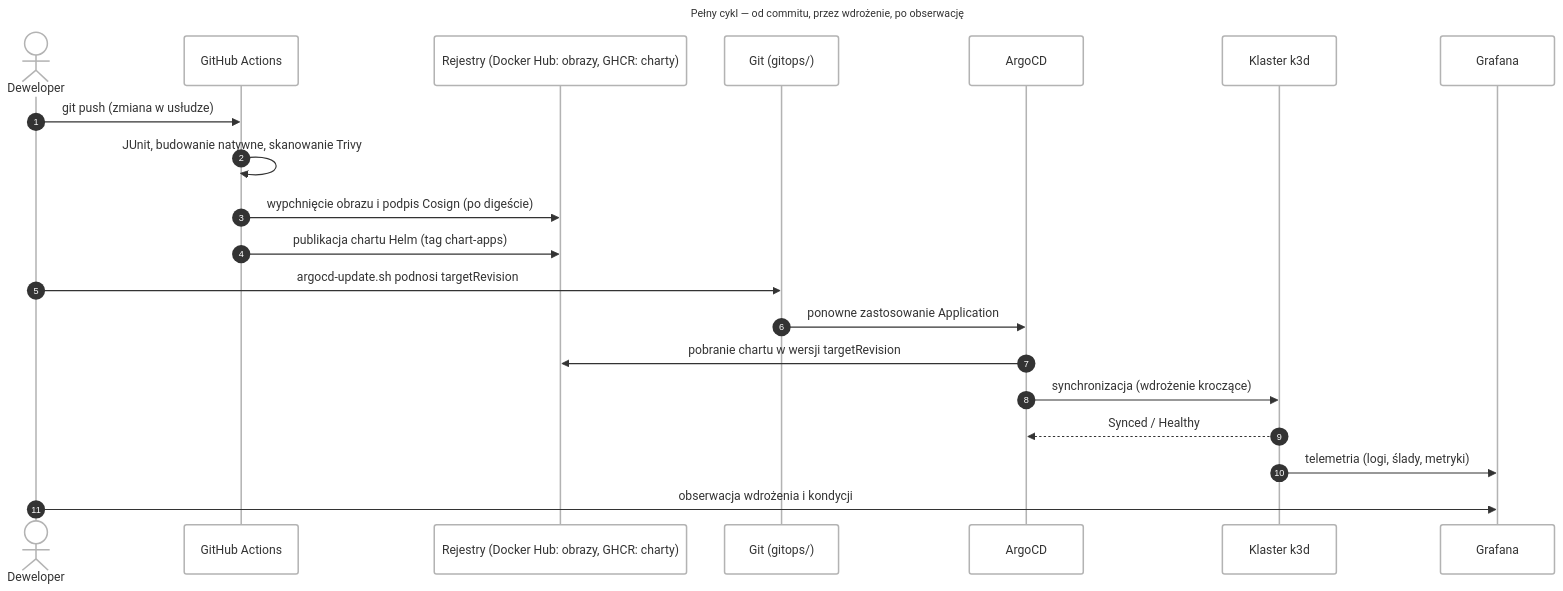
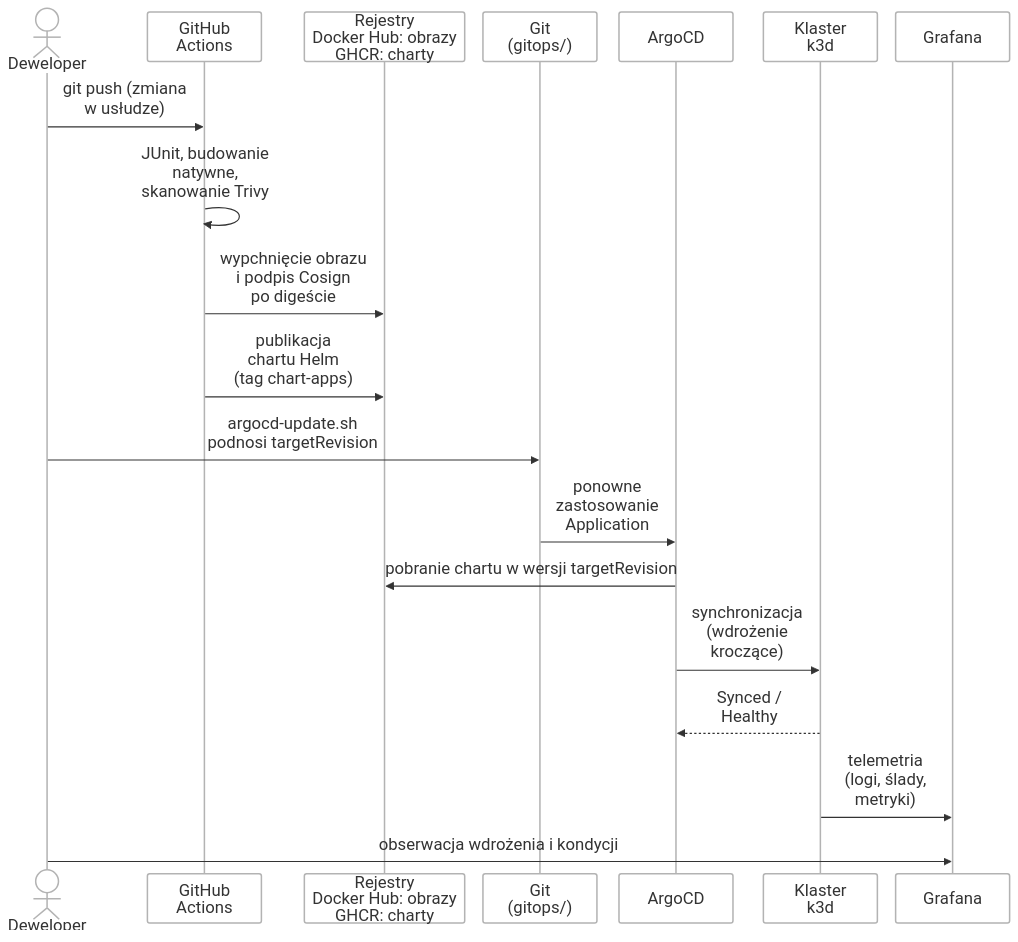
One commit to mwas-inz/bsc-devops changed the diagram in docs/diagrams/10-podsumowanie/podsumowanie-01-capstone-sequence.mmd. Above: the diagram before and after it, drawn with Mermaid. The commit also changed 51 other files, not shown here.

First line of the commit message:
docs(diagrams): rework Mermaid diagrams for print legibility

```diff
--- a/docs/diagrams/10-podsumowanie/podsumowanie-01-capstone-sequence.mmd
+++ b/docs/diagrams/10-podsumowanie/podsumowanie-01-capstone-sequence.mmd
@@ -1,26 +1,38 @@
 ---
-title: Pełny cykl — od commitu, przez wdrożenie, po obserwację
 config:
   theme: neo
+  fontSize: 22
+  themeVariables:
+    fontSize: 22px
+  sequence:
+    actorFontSize: 22
+    messageFontSize: 22
+    noteFontSize: 20
+    actorMargin: 24
+    boxMargin: 8
+    noteMargin: 8
+    messageMargin: 30
+    diagramMarginX: 8
+    diagramMarginY: 8
 ---
+%% Pełny cykl — od commitu, przez wdrożenie, po obserwację
 sequenceDiagram
-    autonumber
     actor Dev as Deweloper
-    participant GH as GitHub Actions
-    participant Reg as Rejestry (Docker Hub: obrazy, GHCR: charty)
-    participant Git as Git (gitops/)
+    participant GH as GitHub<br/>Actions
+    participant Reg as Rejestry<br/>Docker Hub: obrazy<br/>GHCR: charty
+    participant Git as Git<br/>(gitops/)
     participant Argo as ArgoCD
-    participant K8s as Klaster k3d
+    participant K8s as Klaster<br/>k3d
     participant Graf as Grafana
 
-    Dev->>GH: git push (zmiana w usłudze)
-    GH->>GH: JUnit, budowanie natywne, skanowanie Trivy
-    GH->>Reg: wypchnięcie obrazu i podpis Cosign (po digeście)
-    GH->>Reg: publikacja chartu Helm (tag chart-apps)
-    Dev->>Git: argocd-update.sh podnosi targetRevision
-    Git->>Argo: ponowne zastosowanie Application
+    Dev->>GH: git push (zmiana<br/>w usłudze)
+    GH->>GH: JUnit, budowanie<br/>natywne,<br/>skanowanie Trivy
+    GH->>Reg: wypchnięcie obrazu<br/>i podpis Cosign<br/>po digeście
+    GH->>Reg: publikacja<br/>chartu Helm<br/>(tag chart-apps)
+    Dev->>Git: argocd-update.sh<br/>podnosi targetRevision
+    Git->>Argo: ponowne<br/>zastosowanie<br/>Application
     Argo->>Reg: pobranie chartu w wersji targetRevision
-    Argo->>K8s: synchronizacja (wdrożenie kroczące)
-    K8s-->>Argo: Synced / Healthy
-    K8s->>Graf: telemetria (logi, ślady, metryki)
+    Argo->>K8s: synchronizacja<br/>(wdrożenie<br/>kroczące)
+    K8s-->>Argo: Synced /<br/>Healthy
+    K8s->>Graf: telemetria<br/>(logi, ślady,<br/>metryki)
     Dev->>Graf: obserwacja wdrożenia i kondycji
```
